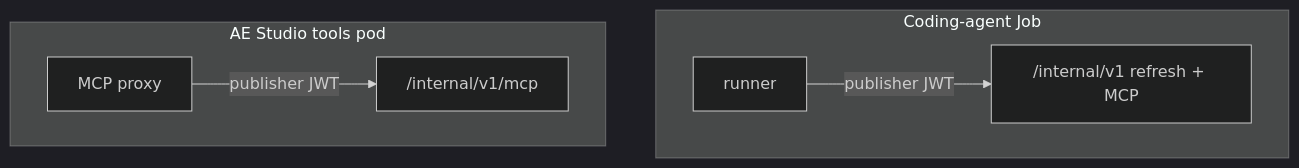
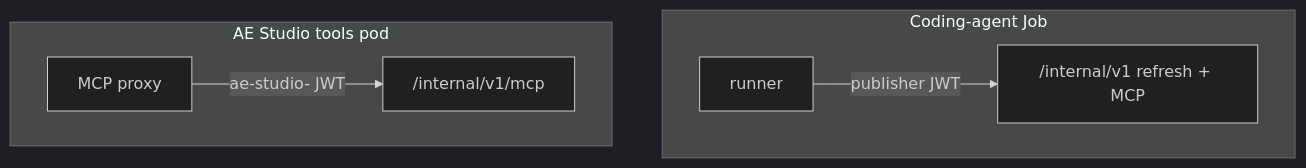
One commit to wso2/labs-agentic-engineer changed the third of 3 diagrams in services/aep-api/internal/delivery/codingagent/design/oc-job-dispatch.md. Above: the diagram before and after it, drawn with Mermaid (dark theme). The commit also changed other lines of this file and 11 other files, not shown here.

````diff
--- a/services/aep-api/internal/delivery/codingagent/design/oc-job-dispatch.md
+++ b/services/aep-api/internal/delivery/codingagent/design/oc-job-dispatch.md
@@ -116,9 +116,9 @@
 ```mermaid
 flowchart TB
   subgraph job [Coding-agent Job]
     J[runner] -->|publisher JWT| R["/internal/v1 refresh + MCP"]
   end
   subgraph studio [AE Studio tools pod]
-    P[MCP proxy] -->|publisher JWT| C["/internal/v1/mcp"]
+    P[MCP proxy] -->|ae-studio-<org> JWT| C["/internal/v1/mcp"]
   end
 ```
````
